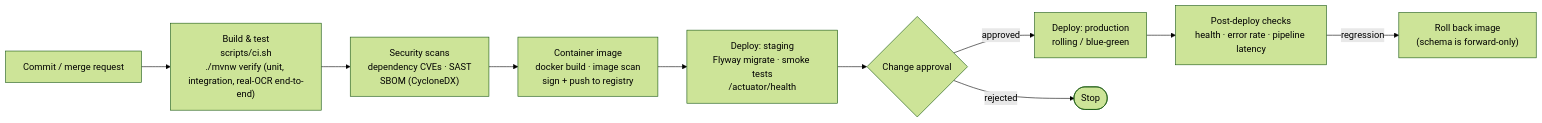
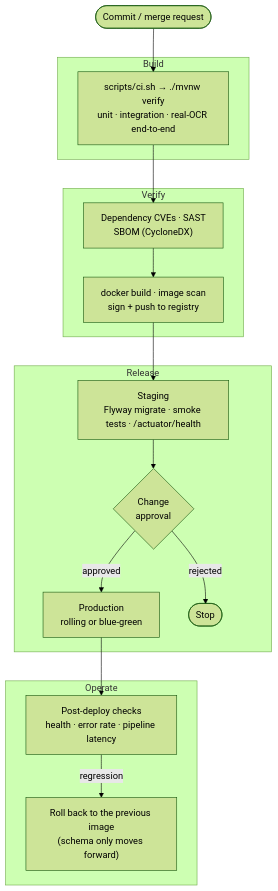
One commit to SarvariVin/ttb-label-verification changed the diagram in docs/diagrams/13-cicd-pipeline.mmd. Above: the diagram before and after it, drawn with Mermaid (forest theme). The commit also changed 251 other files, not shown here.

```diff
--- a/docs/diagrams/13-cicd-pipeline.mmd
+++ b/docs/diagrams/13-cicd-pipeline.mmd
@@ -1,11 +1,29 @@
-%% Infrastructure — CI/CD pipeline (vendor-neutral; scripts/ci.sh is the build entry point)
-flowchart LR
-    commit["Commit / merge request"] --> build["Build & test<br/>scripts/ci.sh<br/>./mvnw verify (unit, integration, real-OCR end-to-end)"]
-    build --> scan["Security scans<br/>dependency CVEs · SAST<br/>SBOM (CycloneDX)"]
-    scan --> image["Container image<br/>docker build · image scan<br/>sign + push to registry"]
-    image --> stg["Deploy: staging<br/>Flyway migrate · smoke tests<br/>/actuator/health"]
-    stg --> approve{"Change approval"}
-    approve -->|approved| prod["Deploy: production<br/>rolling / blue-green"]
-    approve -->|rejected| stop(["Stop"])
-    prod --> verify["Post-deploy checks<br/>health · error rate · pipeline latency"]
-    verify -->|regression| rollback["Roll back image<br/>(schema is forward-only)"]
+%% Infrastructure — CI/CD pipeline in four stages (vendor-neutral; scripts/ci.sh is the build entry point)
+flowchart TB
+    commit(["Commit / merge request"]) --> build
+
+    subgraph B["Build"]
+        build["scripts/ci.sh → ./mvnw verify<br/>unit · integration · real-OCR end-to-end"]
+    end
+    subgraph V["Verify"]
+        scan["Dependency CVEs · SAST<br/>SBOM (CycloneDX)"]
+        image["docker build · image scan<br/>sign + push to registry"]
+        scan --> image
+    end
+    subgraph R["Release"]
+        stg["Staging<br/>Flyway migrate · smoke tests · /actuator/health"]
+        approve{"Change<br/>approval"}
+        prod["Production<br/>rolling or blue-green"]
+        stg --> approve
+        approve -- approved --> prod
+        approve -- rejected --> stop(["Stop"])
+    end
+    subgraph O["Operate"]
+        verify["Post-deploy checks<br/>health · error rate · pipeline latency"]
+        rollback["Roll back to the previous image<br/>(schema only moves forward)"]
+        verify -- regression --> rollback
+    end
+
+    build --> scan
+    image --> stg
+    prod --> verify
```
